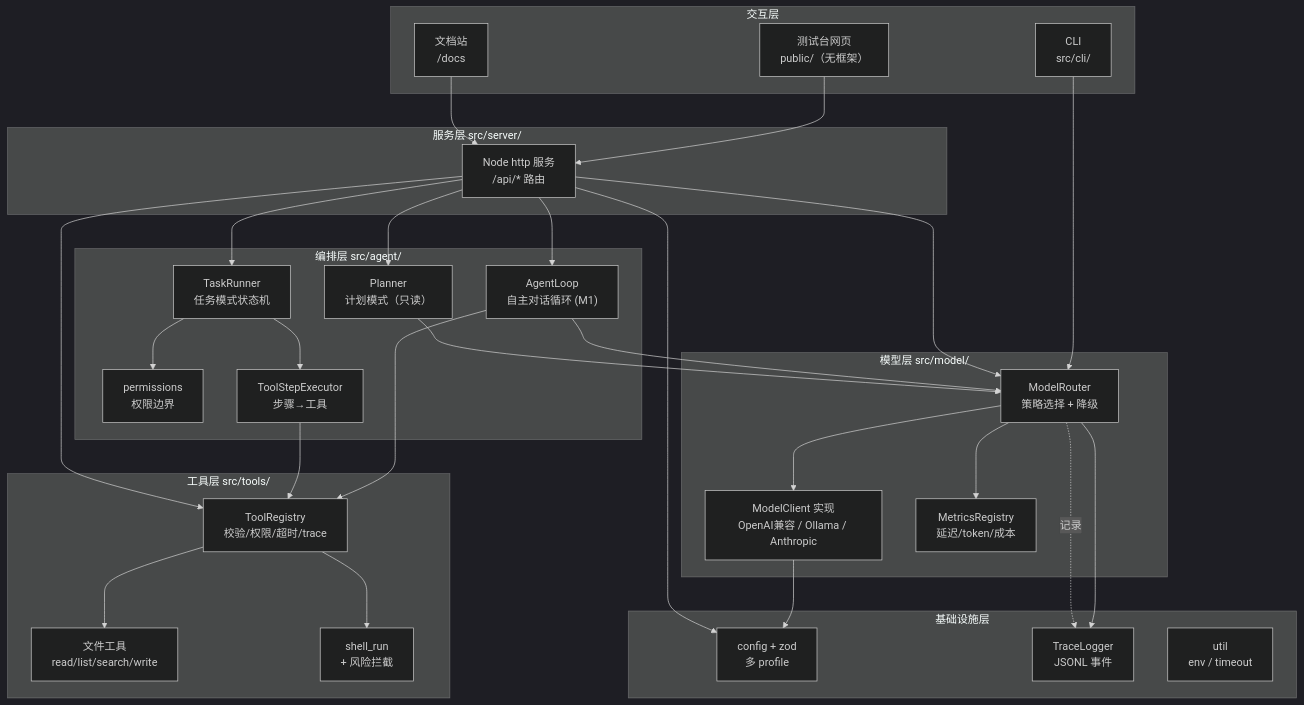
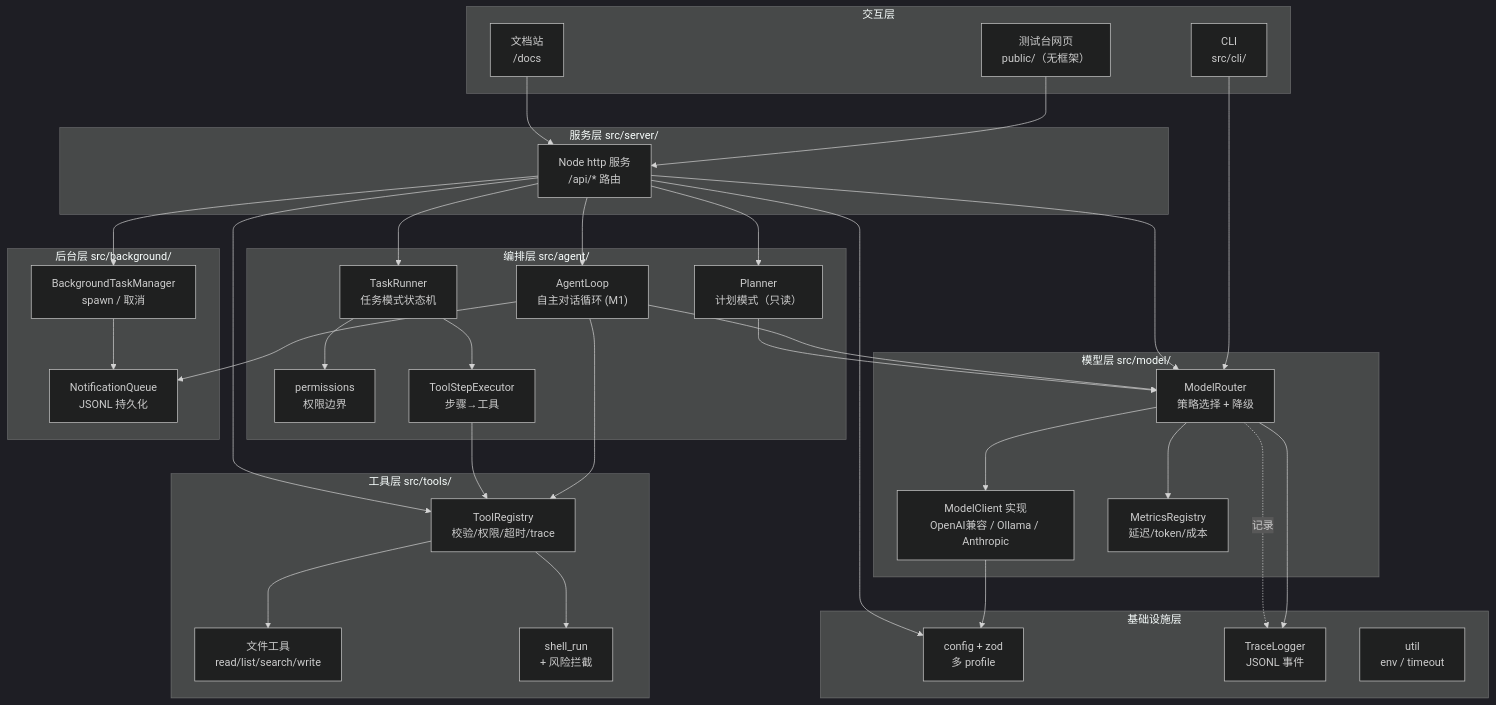
Before and after one commit to Atikou/AgentRelay: the first of 4 diagrams in docs/项目整体架构.md, drawn with Mermaid (dark theme). The commit also changed other lines of this file and 31 other files, not shown here.

First line of the commit message:
feat: M4 background tasks, notification queue, and web test cases.

````diff
--- a/docs/项目整体架构.md
+++ b/docs/项目整体架构.md
@@ -11,61 +11,69 @@
 ```mermaid
 flowchart TD
     subgraph UI["交互层"]
         WEB["测试台网页<br/>public/（无框架）"]
         CLI["CLI<br/>src/cli/"]
         DOCS["文档站<br/>/docs"]
     end
 
     subgraph SRV["服务层 src/server/"]
         HTTP["Node http 服务<br/>/api/* 路由"]
     end
 
     subgraph ORCH["编排层 src/agent/"]
         LOOP["AgentLoop<br/>自主对话循环 (M1)"]
         PLAN["Planner<br/>计划模式（只读）"]
         TASK["TaskRunner<br/>任务模式状态机"]
         PERM["permissions<br/>权限边界"]
         TSE["ToolStepExecutor<br/>步骤→工具"]
     end
 
     subgraph TOOLS["工具层 src/tools/"]
         REG["ToolRegistry<br/>校验/权限/超时/trace"]
         FT["文件工具<br/>read/list/search/write"]
         ST["shell_run<br/>+ 风险拦截"]
     end
 
     subgraph MODEL["模型层 src/model/"]
         ROUTER["ModelRouter<br/>策略选择 + 降级"]
         CLIENTS["ModelClient 实现<br/>OpenAI兼容 / Ollama / Anthropic"]
         METRICS["MetricsRegistry<br/>延迟/token/成本"]
     end
 
+    subgraph BG["后台层 src/background/"]
+        BTM["BackgroundTaskManager<br/>spawn / 取消"]
+        NQ["NotificationQueue<br/>JSONL 持久化"]
+    end
+
     subgraph INFRA["基础设施层"]
         CONFIG["config + zod<br/>多 profile"]
         TRACE["TraceLogger<br/>JSONL 事件"]
         UTIL["util<br/>env / timeout"]
     end
 
     WEB --> HTTP
     CLI --> ROUTER
     DOCS --> HTTP
     HTTP --> LOOP
     HTTP --> PLAN
     HTTP --> TASK
     HTTP --> ROUTER
     LOOP --> ROUTER
     LOOP --> REG
+    LOOP --> NQ
+    HTTP --> BTM
+    BTM --> NQ
     PLAN --> ROUTER
     TASK --> PERM
     TASK --> TSE
     TSE --> REG
     REG --> FT
     REG --> ST
     HTTP --> REG
     ROUTER --> CLIENTS
     ROUTER --> METRICS
     ROUTER --> TRACE
     CLIENTS --> CONFIG
     HTTP --> CONFIG
     ROUTER -.记录.-> TRACE
 ```
````
